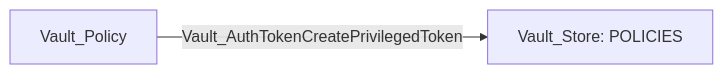
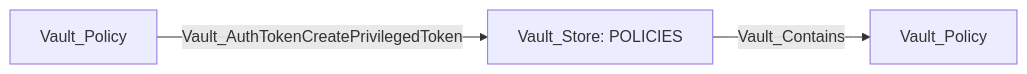
One commit to bytewreck/opengraph-vault changed diagram 25 of 28 in Documentation/stores/AUTH.md. Above: the diagram before and after it, drawn with Mermaid. The commit also changed other lines of this file, not shown here.

````diff
--- a/Documentation/stores/AUTH.md
+++ b/Documentation/stores/AUTH.md
@@ -829,4 +828,5 @@
 ```mermaid
 flowchart LR
     P1[Vault_Policy] -->|Vault_AuthTokenCreatePrivilegedToken| PS["Vault_Store: POLICIES"]
+    PS -->|Vault_Contains| P2[Vault_Policy]
 ```
````
